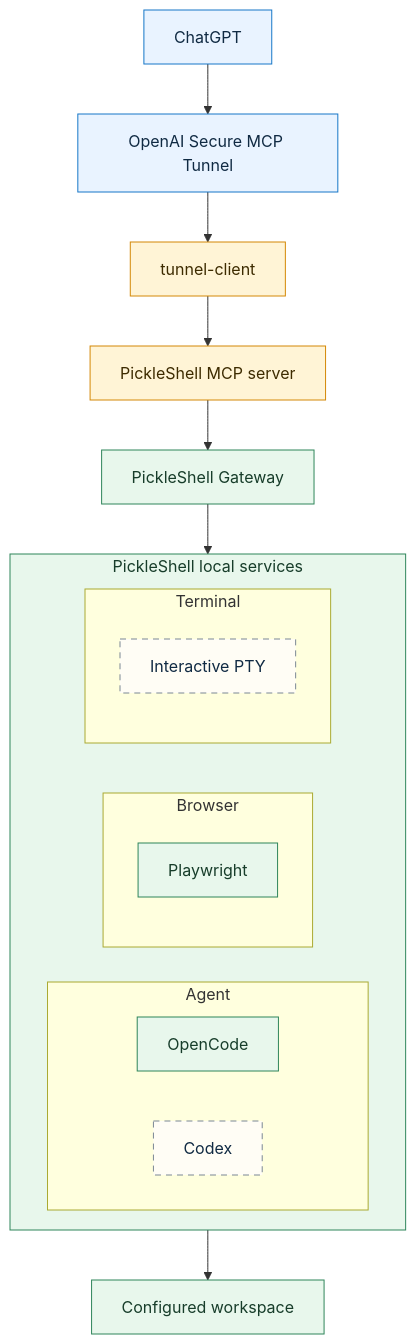
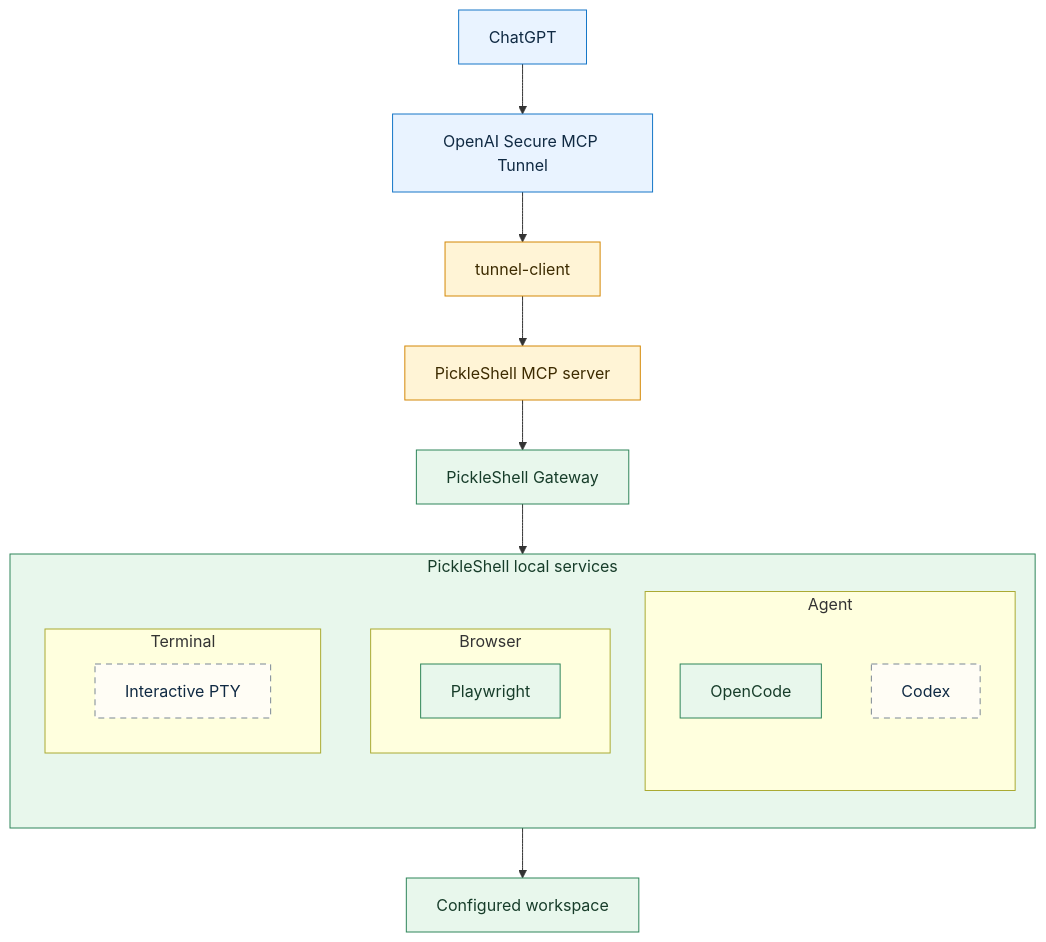
One commit to pickleshell/pickleshell changed the first of 2 diagrams in README.md. Above: the diagram before and after it, drawn with Mermaid.

Commit message:
docs: order core services vertically

````diff
--- a/README.md
+++ b/README.md
@@ -100,33 +100,33 @@
 ```mermaid
 flowchart TD
     A["ChatGPT"] --> B["OpenAI Secure MCP Tunnel"]
     B --> C["tunnel-client"]
     C --> D["PickleShell MCP server"]
     D --> E["PickleShell Gateway"]
 
     subgraph SVC["PickleShell local services"]
-        direction LR
+        direction TB
         subgraph SVCA["Agent"]
             OC["OpenCode"]:::impl
             CX["Codex"]:::planned
         end
         subgraph SVCB["Browser"]
             PW["Playwright"]:::impl
         end
         subgraph SVCT["Terminal"]
             TTY["Interactive PTY"]:::planned
         end
     end
 
     E --> SVC
     OC --> WS["Configured workspace"]
 
     classDef cloud fill:#e9f3ff,stroke:#1677c8,color:#102a43
     classDef bridge fill:#fff4d6,stroke:#d48806,color:#3d2b00
     classDef local fill:#e8f7ec,stroke:#2f855a,color:#173d2a
     classDef impl fill:#e8f7ec,stroke:#2f855a,color:#173d2a
     classDef planned fill:#fffdf5,stroke:#7b8794,color:#102a43,stroke-dasharray: 6 5
     class A,B cloud
     class C,D bridge
     class E,SVC,WS local
 ```
````
